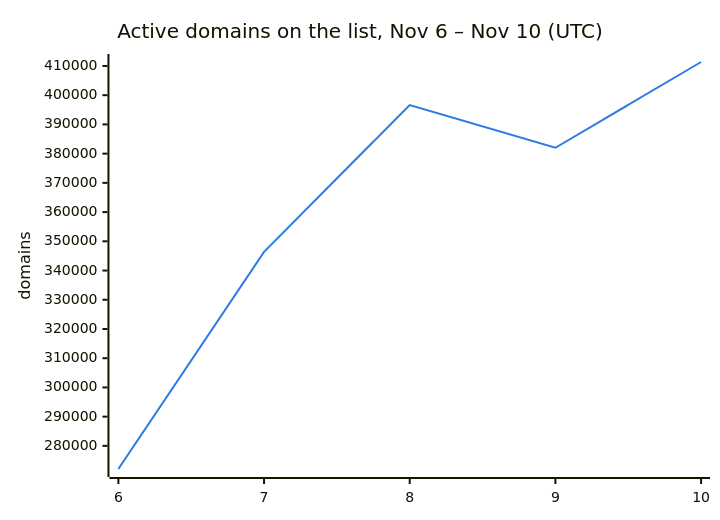
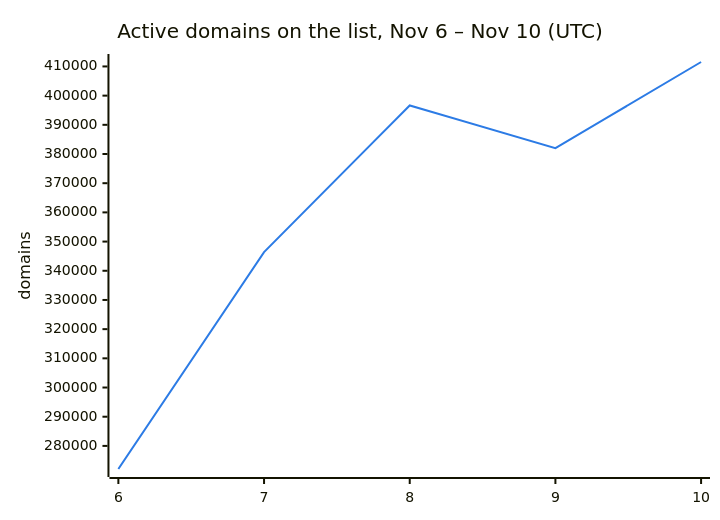
One commit to DNSBunker/CTI changed the second of 3 diagrams in README.md. Above: the diagram before and after it, drawn with Mermaid. The commit also changed other lines of this file and 3 other files, not shown here.

````diff
--- a/README.md
+++ b/README.md
@@ -38,8 +38,8 @@
 ```mermaid
 %%{init: {"themeVariables": {"xyChart": {"plotColorPalette": "#2c7be5"}}}}%%
 xychart-beta
     title "Active domains on the list, Nov 6 – Nov 10 (UTC)"
     x-axis ["6", "7", "8", "9", "10"]
     y-axis "domains"
-    line [272088, 346388, 396638, 382009, 411357]
+    line [272088, 346388, 396638, 382009, 411521]
 ```
````
